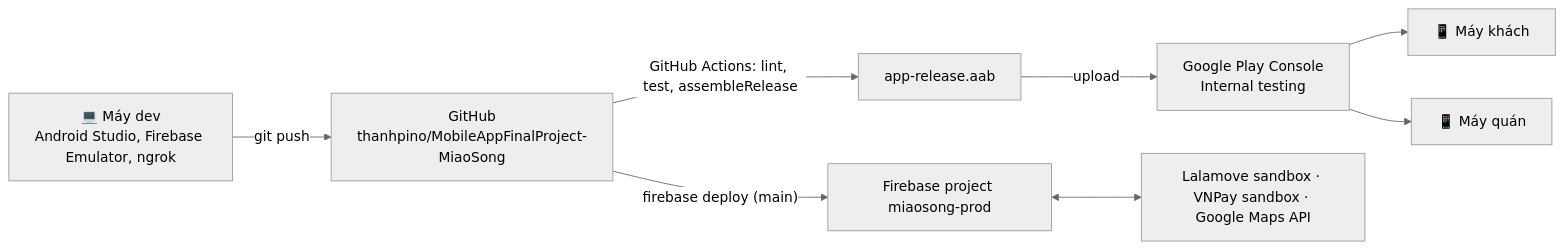
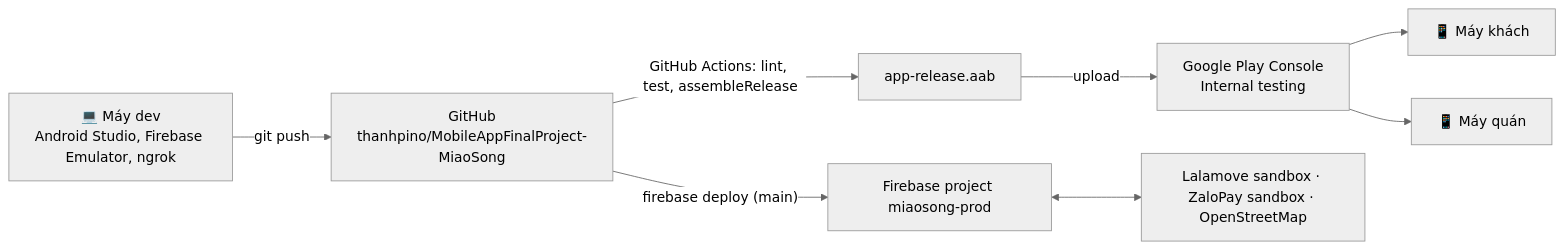
Before and after one commit to thanhpino/MobileAppFinalProject-MiaoSong: the ninth of 9 diagrams in docs/02-architecture.md, drawn with Mermaid (neutral theme). The commit also changed other lines of this file and 51 other files, not shown here.

Commit message:
- completed class diagrams - completed activity diagrams - completed use case diagrams - completed test plans - adjusted the sequence diagrams from TMT after changing from vnpay to zalopay, and ggmap to openstreetmap

````diff
--- a/docs/02-architecture.md
+++ b/docs/02-architecture.md
@@ -268,10 +268,10 @@
 ```mermaid
 flowchart LR
     DEV["💻 Máy dev<br/>Android Studio, Firebase Emulator, ngrok"] -- "git push" --> GH["GitHub<br/>thanhpino/MobileAppFinalProject-MiaoSong"]
     GH -- "GitHub Actions: lint, test, assembleRelease" --> AAB["app-release.aab"]
     GH -- "firebase deploy (main)" --> FB["Firebase project miaosong-prod"]
     AAB -- "upload" --> PLAY["Google Play Console<br/>Internal testing"]
     PLAY --> P1["📱 Máy khách"]
     PLAY --> P2["📱 Máy quán"]
-    FB <--> EXT["Lalamove sandbox · VNPay sandbox · Google Maps API"]
+    FB <--> EXT["Lalamove sandbox · ZaloPay sandbox · OpenStreetMap"]
 ```
````
